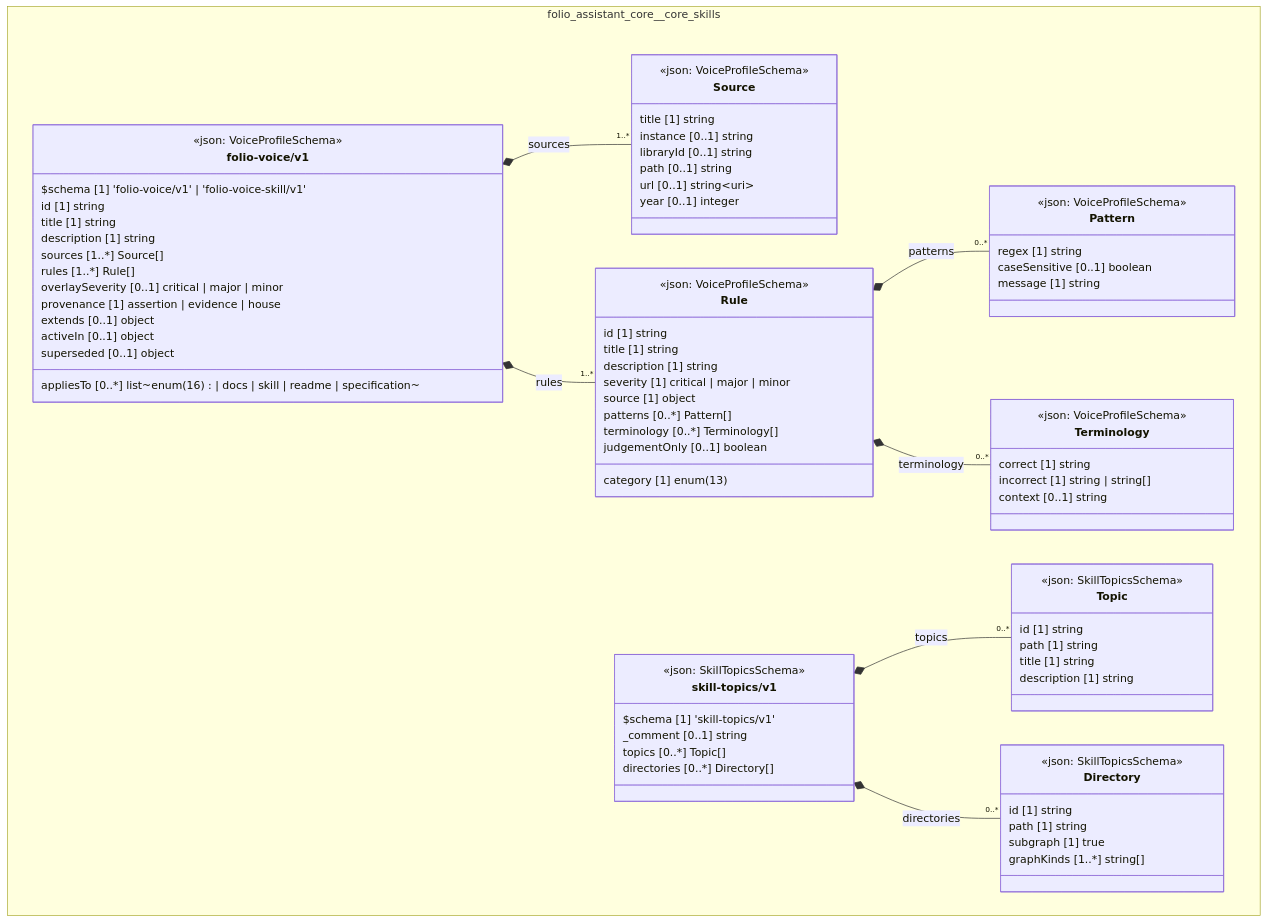
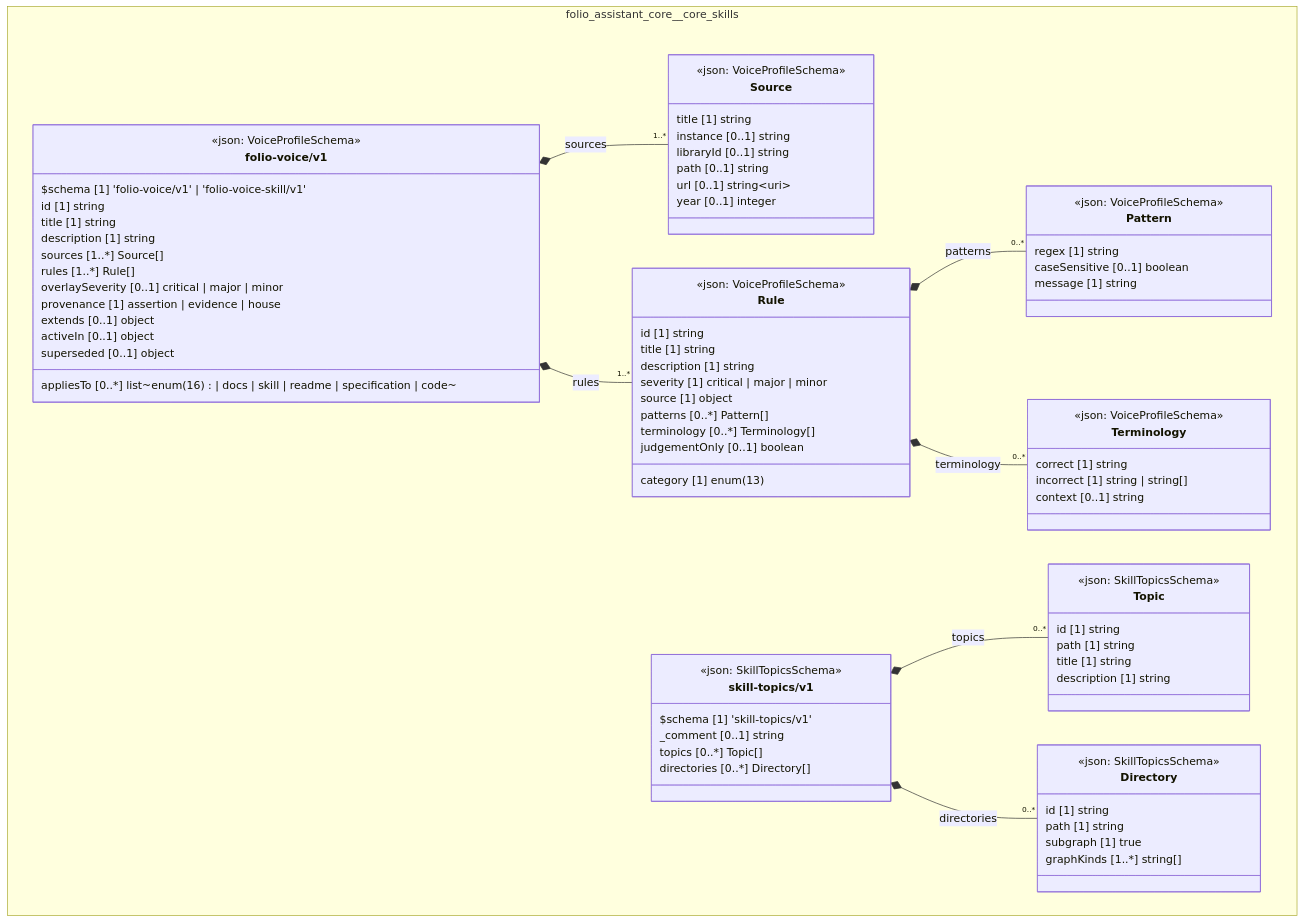
Before and after one commit to litlfred/folio-assistant: the diagram in cat-harness/docs/uml/overview/folio-assistant-core/core-skills.md, drawn with Mermaid. The commit also changed 86 other files, not shown here.

```diff
--- a/cat-harness/docs/uml/overview/folio-assistant-core/core-skills.md
+++ b/cat-harness/docs/uml/overview/folio-assistant-core/core-skills.md
@@ -85,7 +85,7 @@
       sources [1..*] Source[]
       rules [1..*] Rule[]
       overlaySeverity [0..1] critical | major | minor
-      appliesTo [0..*] list~enum(16) | docs | skill | readme | specification~
+      appliesTo [0..*] list~enum(16) | docs | skill | readme | specification | code~
       provenance [1] assertion | evidence | house
       extends [0..1] object
       activeIn [0..1] object
```
